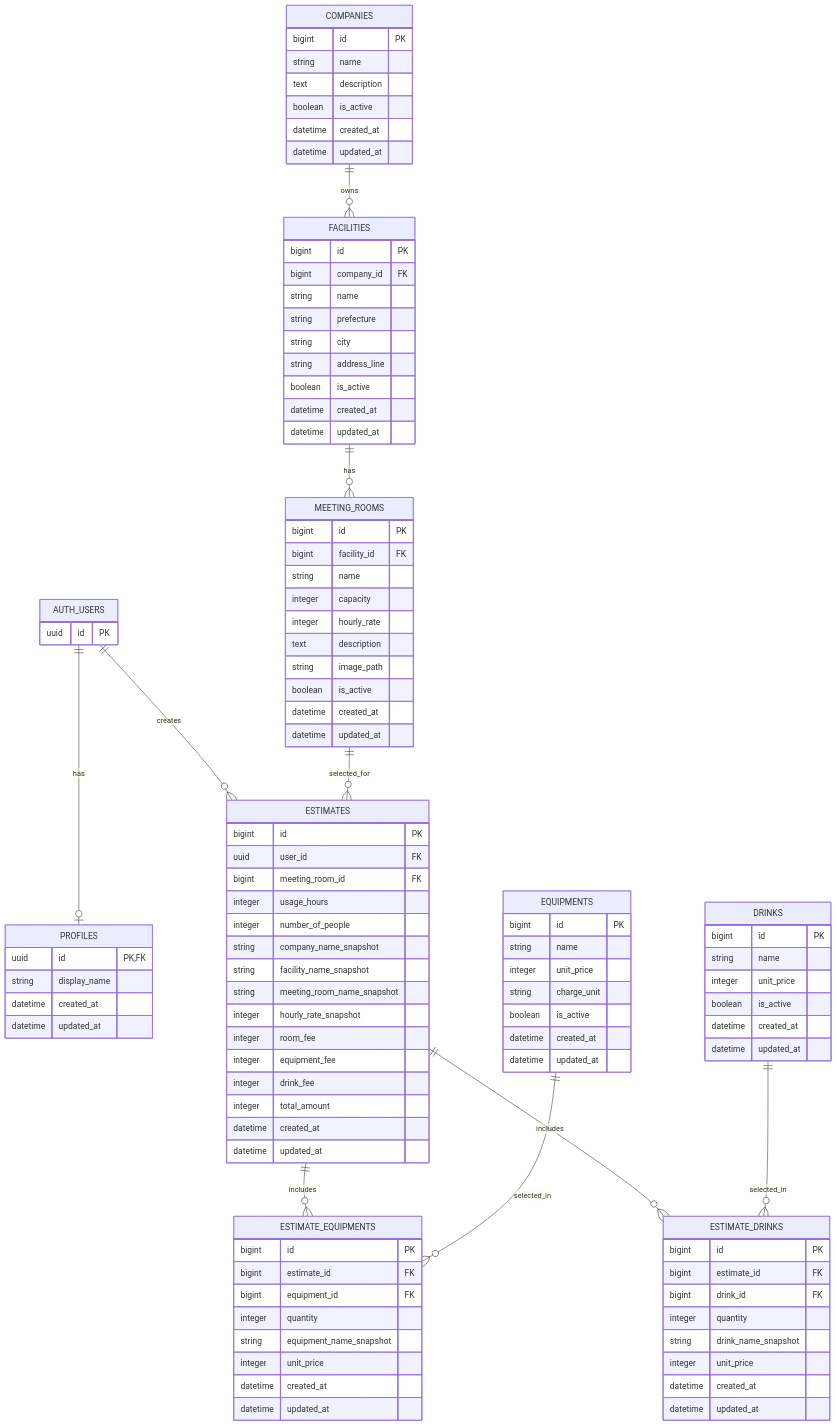
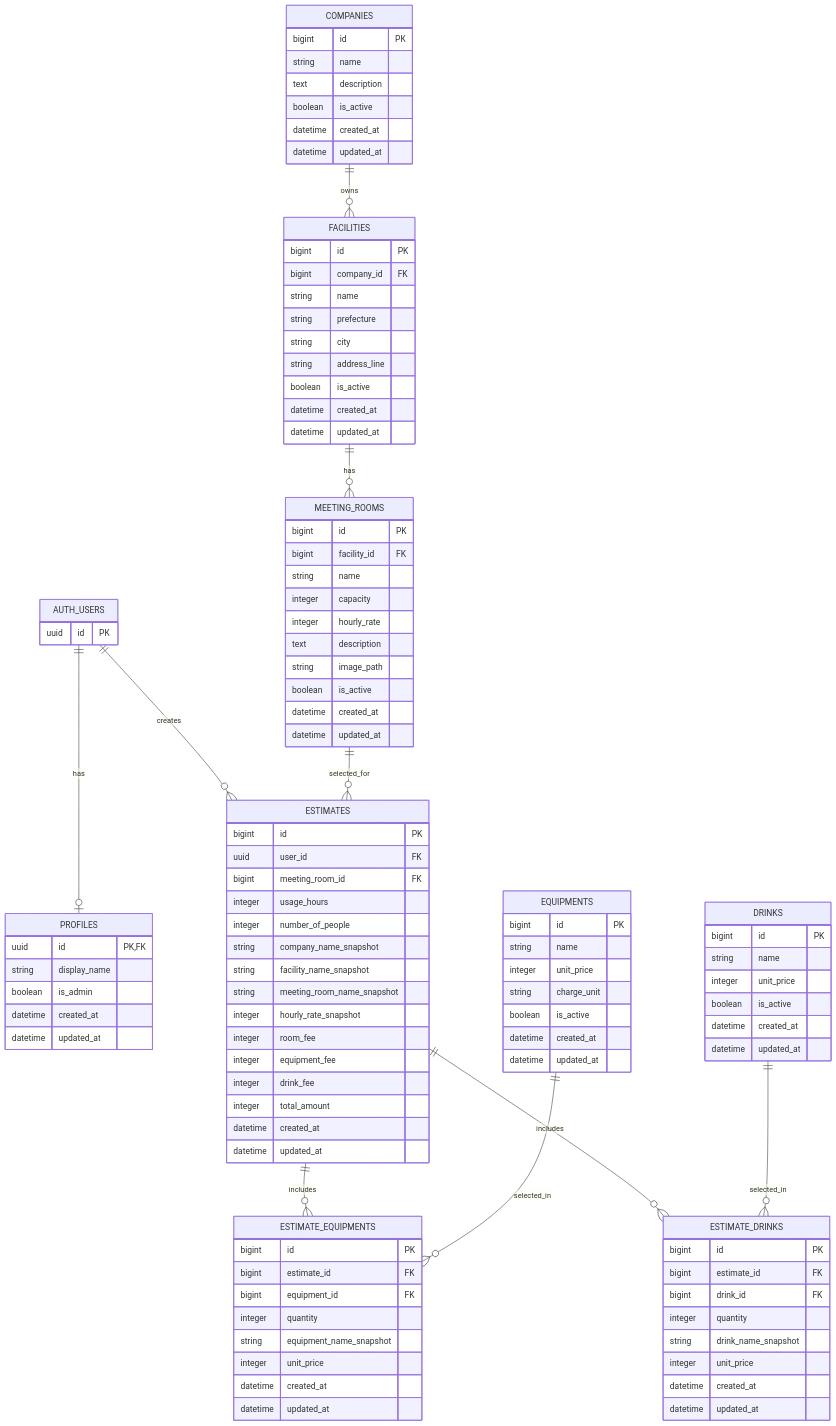
The diagram in doc/er_diagram.md (hiro9791777/meeting-room-estimator), drawn with Mermaid before and after one commit. The commit also changed other lines of this file and 11 other files, not shown here.

```diff
--- a/doc/er_diagram.md
+++ b/doc/er_diagram.md
@@ -60,6 +61,7 @@
     PROFILES {
         uuid id PK, FK
         string display_name
+        boolean is_admin
         datetime created_at
         datetime updated_at
     }
```
